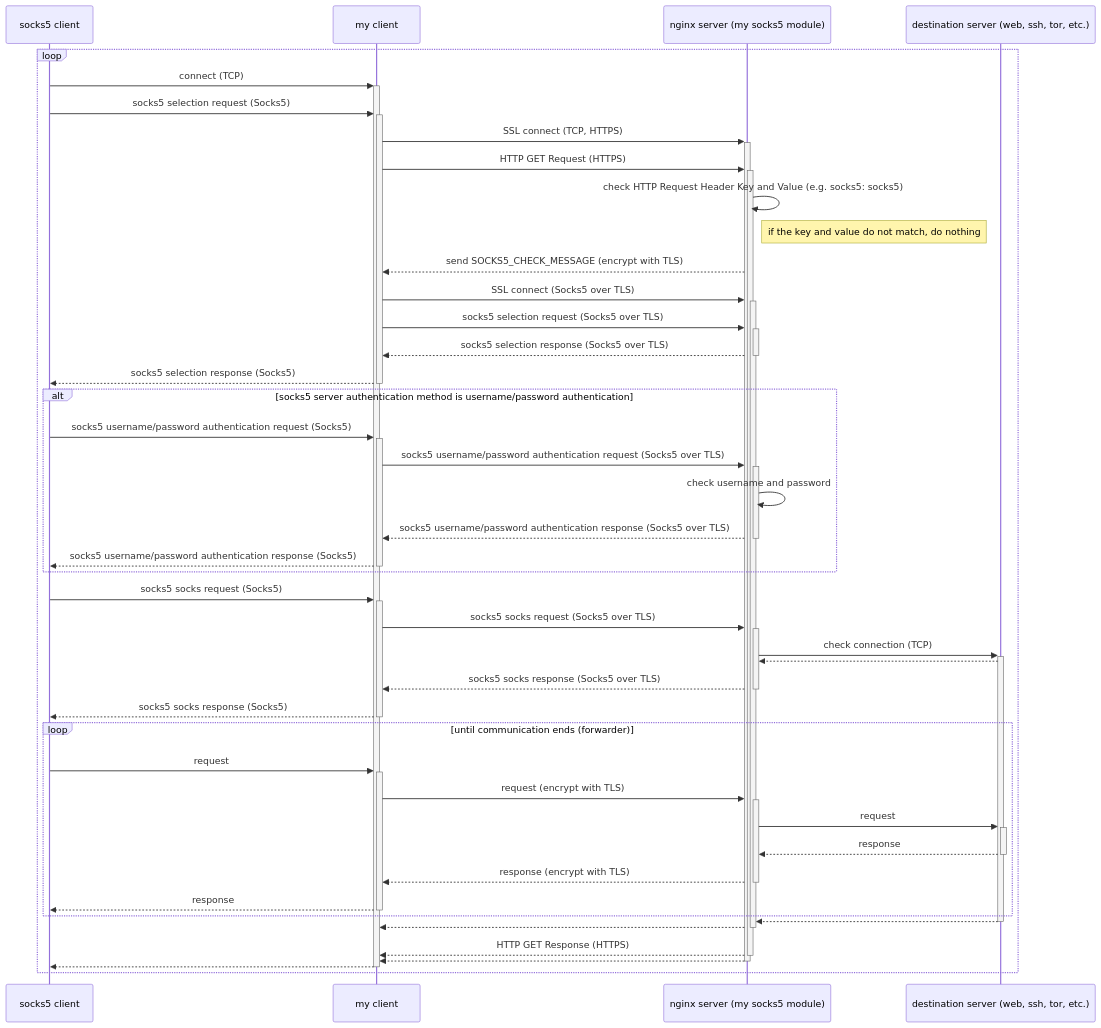
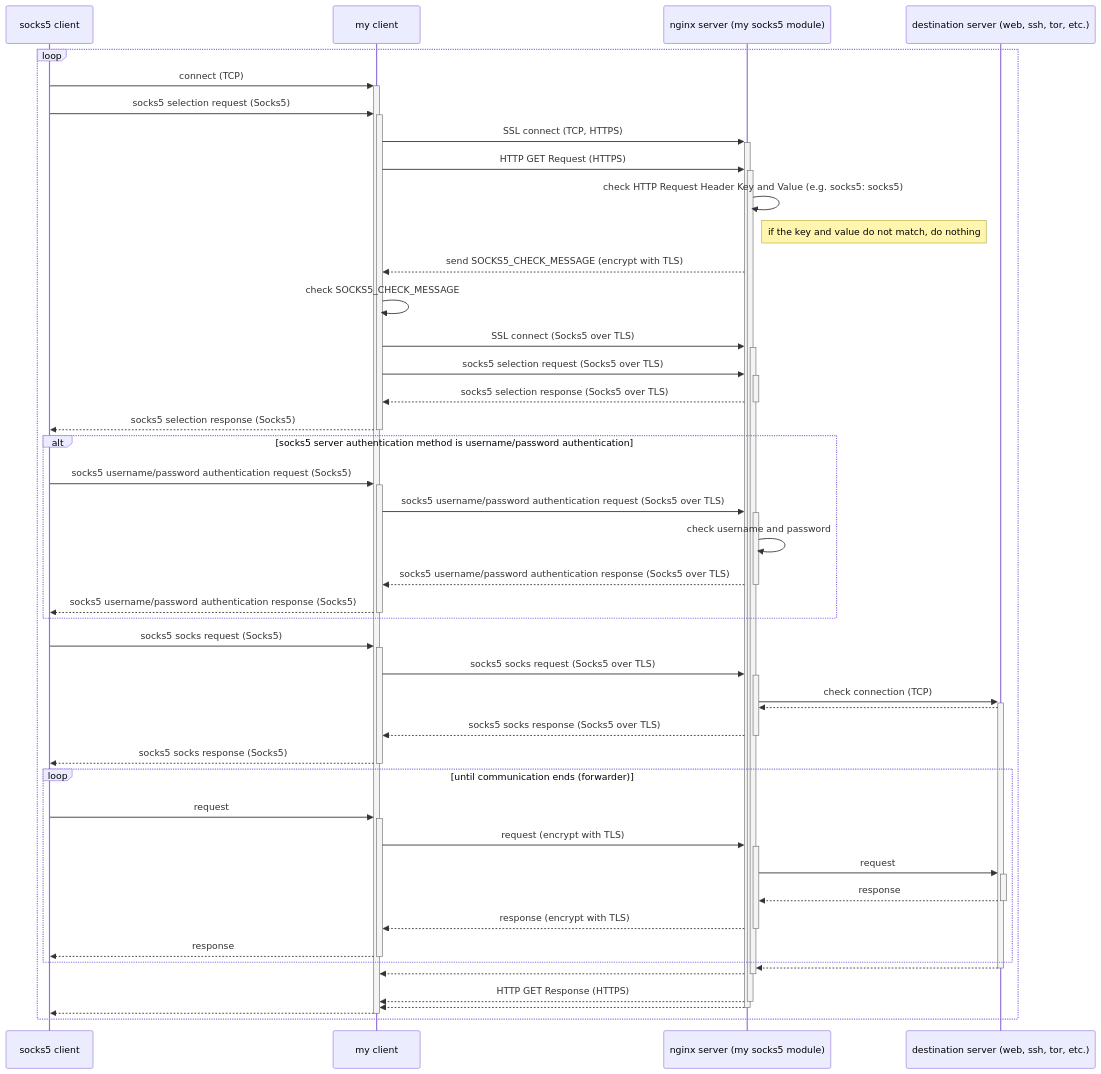
The first of 4 diagrams in README.md (shuichiro-endo/socks5-nginx-module-v2), drawn with Mermaid before and after one commit. The commit also changed other lines of this file, not shown here.

````diff
--- a/README.md
+++ b/README.md
@@ -13,46 +13,47 @@
 ```mermaid
 sequenceDiagram
     participant A as socks5 client
     participant B as my client
     participant C as nginx server (my socks5 module)
     participant D as destination server (web, ssh, tor, etc.)
     loop 
         A->>+B: connect (TCP)
         A->>+B: socks5 selection request (Socks5)
         B->>+C: SSL connect (TCP, HTTPS)
         B->>+C: HTTP GET Request (HTTPS)
         C->>C: check HTTP Request Header Key and Value (e.g. socks5: socks5)
         note right of C: if the key and value do not match, do nothing
         C-->>B: send SOCKS5_CHECK_MESSAGE (encrypt with TLS)
+        B->>B: check SOCKS5_CHECK_MESSAGE
         B->>+C: SSL connect (Socks5 over TLS)
         B->>+C: socks5 selection request (Socks5 over TLS)
         C-->>-B: socks5 selection response (Socks5 over TLS)
         B-->>-A: socks5 selection response (Socks5)
         alt socks5 server authentication method is username/password authentication
         A->>+B: socks5 username/password authentication request (Socks5)
         B->>+C: socks5 username/password authentication request (Socks5 over TLS)
         C->>C: check username and password
         C-->>-B: socks5 username/password authentication response (Socks5 over TLS)
         B-->>-A: socks5 username/password authentication response (Socks5)
         end
         A->>+B: socks5 socks request (Socks5)
         B->>+C: socks5 socks request (Socks5 over TLS)
         C->>+D: check connection (TCP)
         D-->>C: 
         C-->>-B: socks5 socks response (Socks5 over TLS)
         B-->>-A: socks5 socks response (Socks5)
         loop until communication ends (forwarder)
             A->>+B: request
             B->>+C: request (encrypt with TLS)
             C->>+D: request
             D-->>-C: response
             C-->>-B: response (encrypt with TLS)
             B-->>-A: response
         end
         D-->>-C:  
         C-->>-B: 
         C-->>-B: HTTP GET Response (HTTPS)
         C-->>-B: 
         B-->>-A: 
     end
 ```
````
